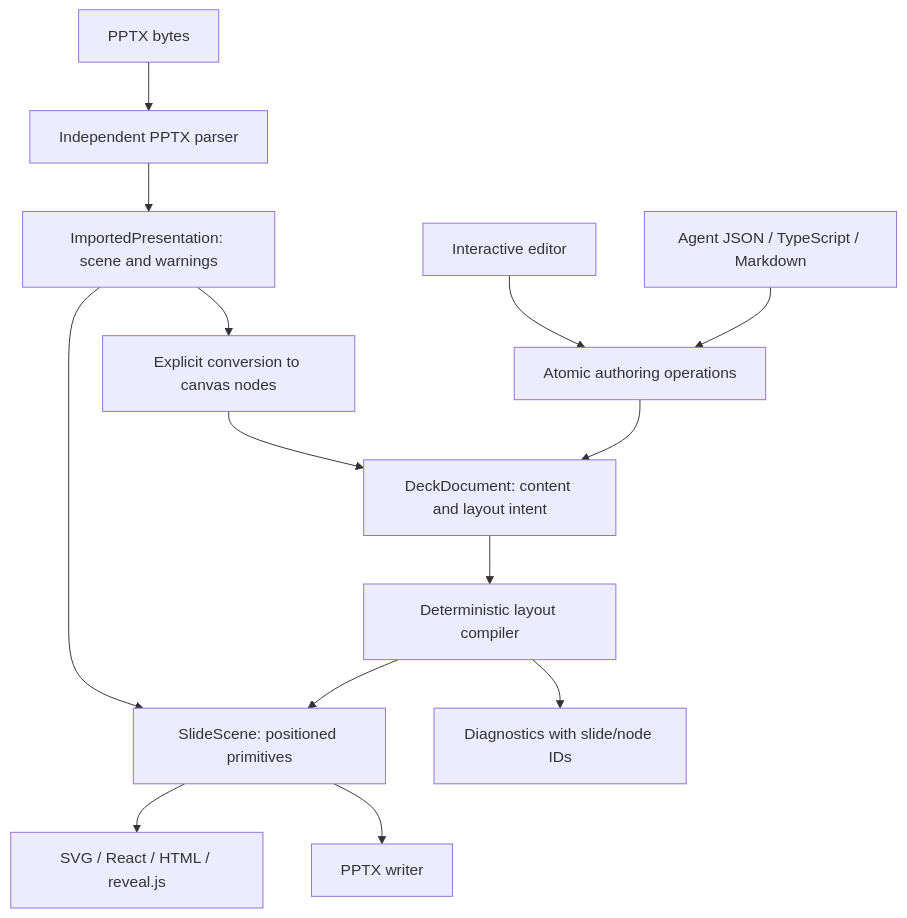
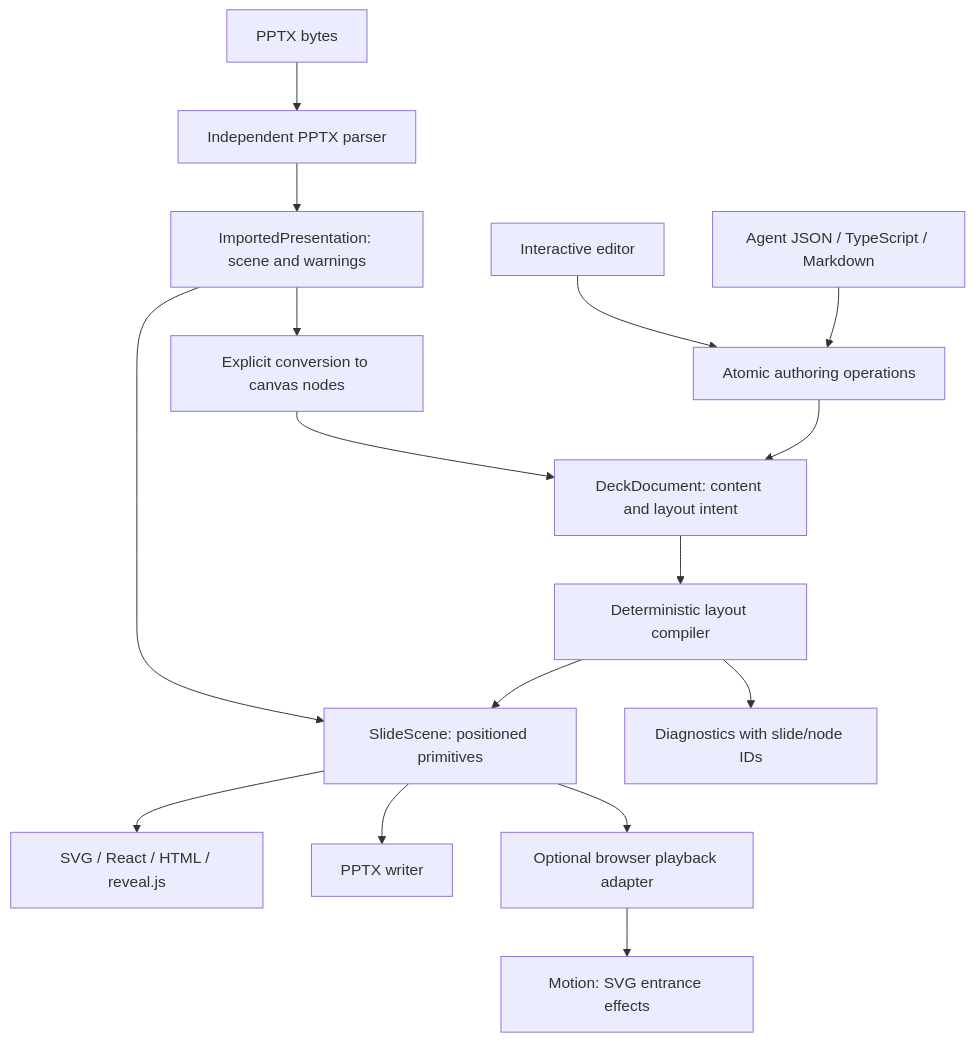
The diagram in docs/architecture.md (byfungsi/lipat), drawn with Mermaid before and after one commit. The commit also changed other lines of this file and 43 other files, not shown here.

Commit message:
feat: release Motion playback with animation docs and playground sample

````diff
--- a/docs/architecture.md
+++ b/docs/architecture.md
@@ -3,16 +3,18 @@
 ```mermaid
 flowchart TD
   Agent[Agent JSON / TypeScript / Markdown] --> Author[Atomic authoring operations]
   Editor[Interactive editor] --> Author
   Author --> Document[DeckDocument: content and layout intent]
   Document --> Layout[Deterministic layout compiler]
   Layout --> Scene[SlideScene: positioned primitives]
   Layout --> Diagnostics[Diagnostics with slide/node IDs]
   Bytes[PPTX bytes] --> Parser[Independent PPTX parser]
   Parser --> Imported[ImportedPresentation: scene and warnings]
   Imported --> Scene
   Imported --> Lift[Explicit conversion to canvas nodes]
   Lift --> Document
   Scene --> Render[SVG / React / HTML / reveal.js]
   Scene --> Export[PPTX writer]
+  Scene --> Playback[Optional browser playback adapter]
+  Playback --> Motion[Motion: SVG entrance effects]
 ```
````
